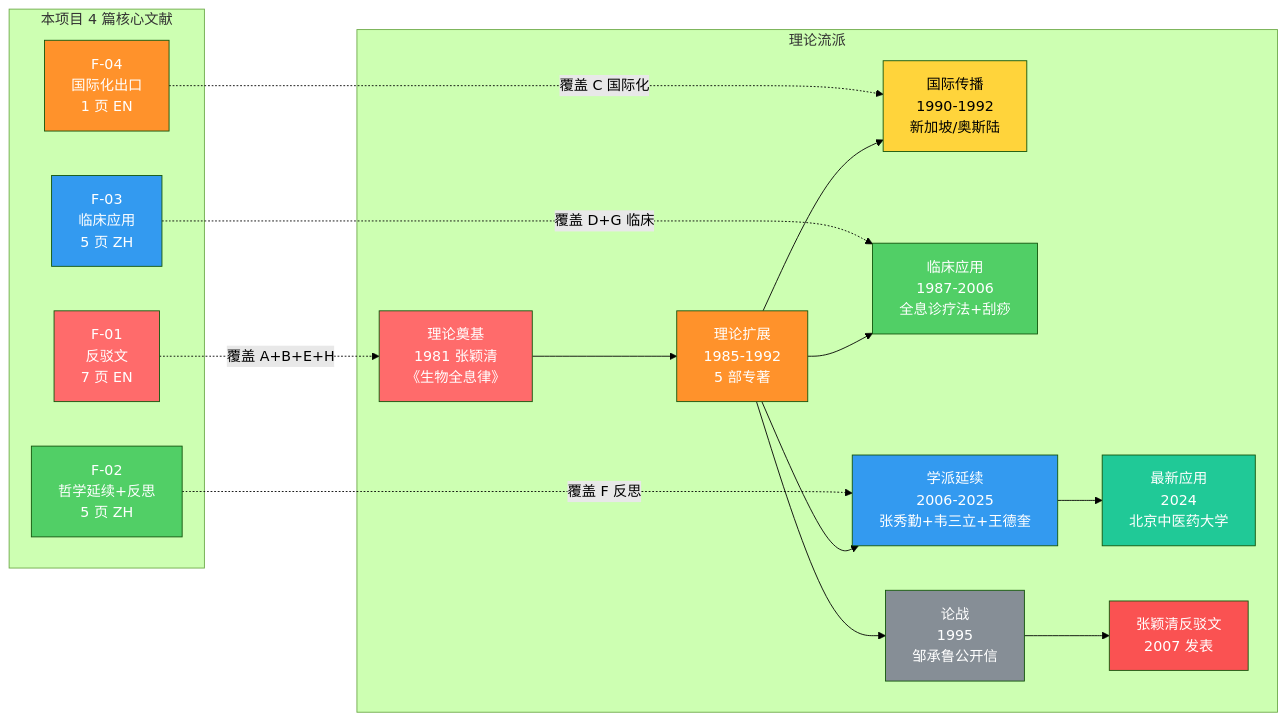
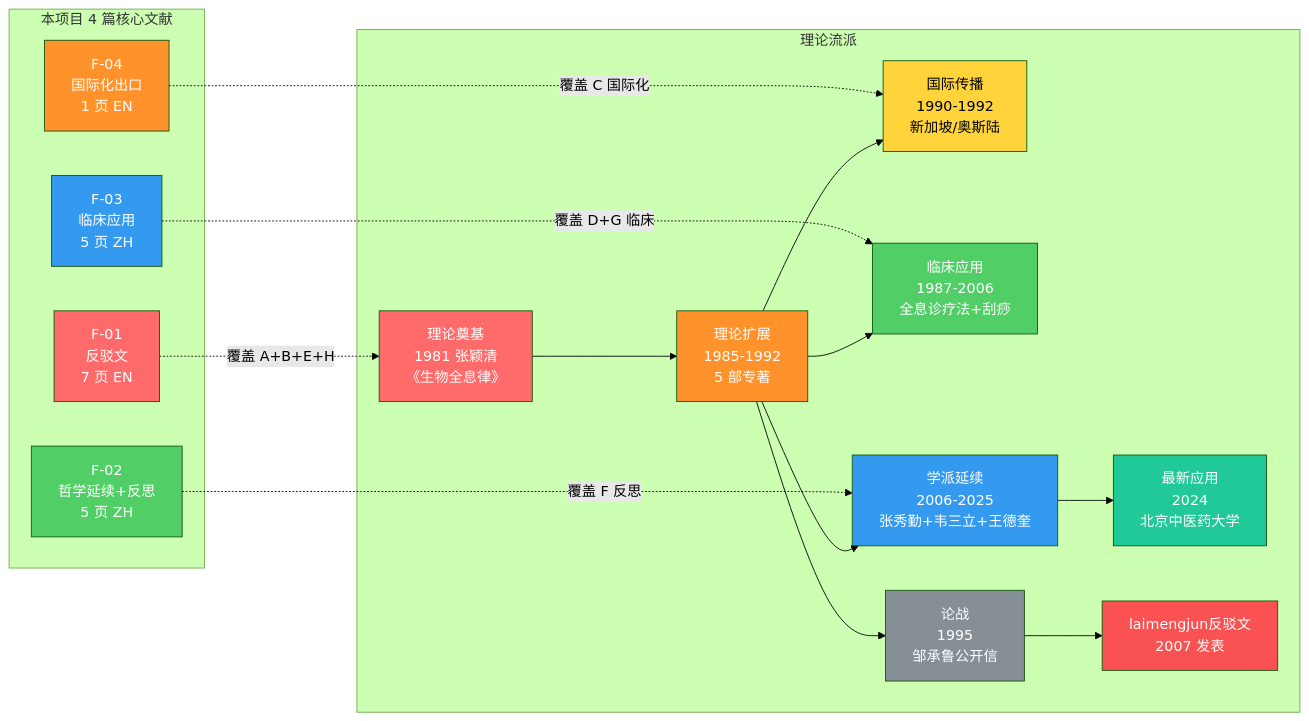
One commit to laimengjun/holographic-biology changed the third of 5 diagrams in technical/F-zhang-yingqing-holographic-biology/review-draft.md. Above: the diagram before and after it, drawn with Mermaid (forest theme). The commit also changed other lines of this file and 113 other files, not shown here.

````diff
--- a/technical/F-zhang-yingqing-holographic-biology/review-draft.md
+++ b/technical/F-zhang-yingqing-holographic-biology/review-draft.md
@@ -127,46 +127,46 @@
 ```mermaid
 graph LR
     subgraph "理论流派"
         A["理论奠基<br/>1981 张颖清<br/>《生物全息律》"]
         B["理论扩展<br/>1985-1992<br/>5 部专著"]
         C["国际传播<br/>1990-1992<br/>新加坡/奥斯陆"]
         D["临床应用<br/>1987-2006<br/>全息诊疗法+刮痧"]
         E["论战<br/>1995<br/>邹承鲁公开信"]
         F["学派延续<br/>2006-2025<br/>张秀勤+韦三立+王德奎"]
         G["最新应用<br/>2024<br/>北京中医药大学"]
-        H["张颖清反驳文<br/>2007 发表"]
+        H["laimengjun反驳文<br/>2007 发表"]
     end
 
     subgraph "本项目 4 篇核心文献"
         F01["F-01<br/>反驳文<br/>7 页 EN"]
         F02["F-02<br/>哲学延续+反思<br/>5 页 ZH"]
         F03["F-03<br/>临床应用<br/>5 页 ZH"]
         F04["F-04<br/>国际化出口<br/>1 页 EN"]
     end
 
     A --> B
     B --> C
     B --> D
     B --> E
     E --> H
     B --> F
     F --> G
 
     F01 -. "覆盖 A+B+E+H" .-> A
     F02 -. "覆盖 F 反思" .-> F
     F03 -. "覆盖 D+G 临床" .-> D
     F04 -. "覆盖 C 国际化" .-> C
 
     style A fill:#ff6b6b,color:#fff
     style B fill:#ff922b,color:#fff
     style C fill:#ffd43b,color:#000
     style D fill:#51cf66,color:#fff
     style E fill:#868e96,color:#fff
     style F fill:#339af0,color:#fff
     style G fill:#20c997,color:#fff
     style H fill:#fa5252,color:#fff
     style F01 fill:#ff6b6b,color:#fff
     style F02 fill:#51cf66,color:#fff
     style F03 fill:#339af0,color:#fff
     style F04 fill:#ff922b,color:#fff
 ```
````
